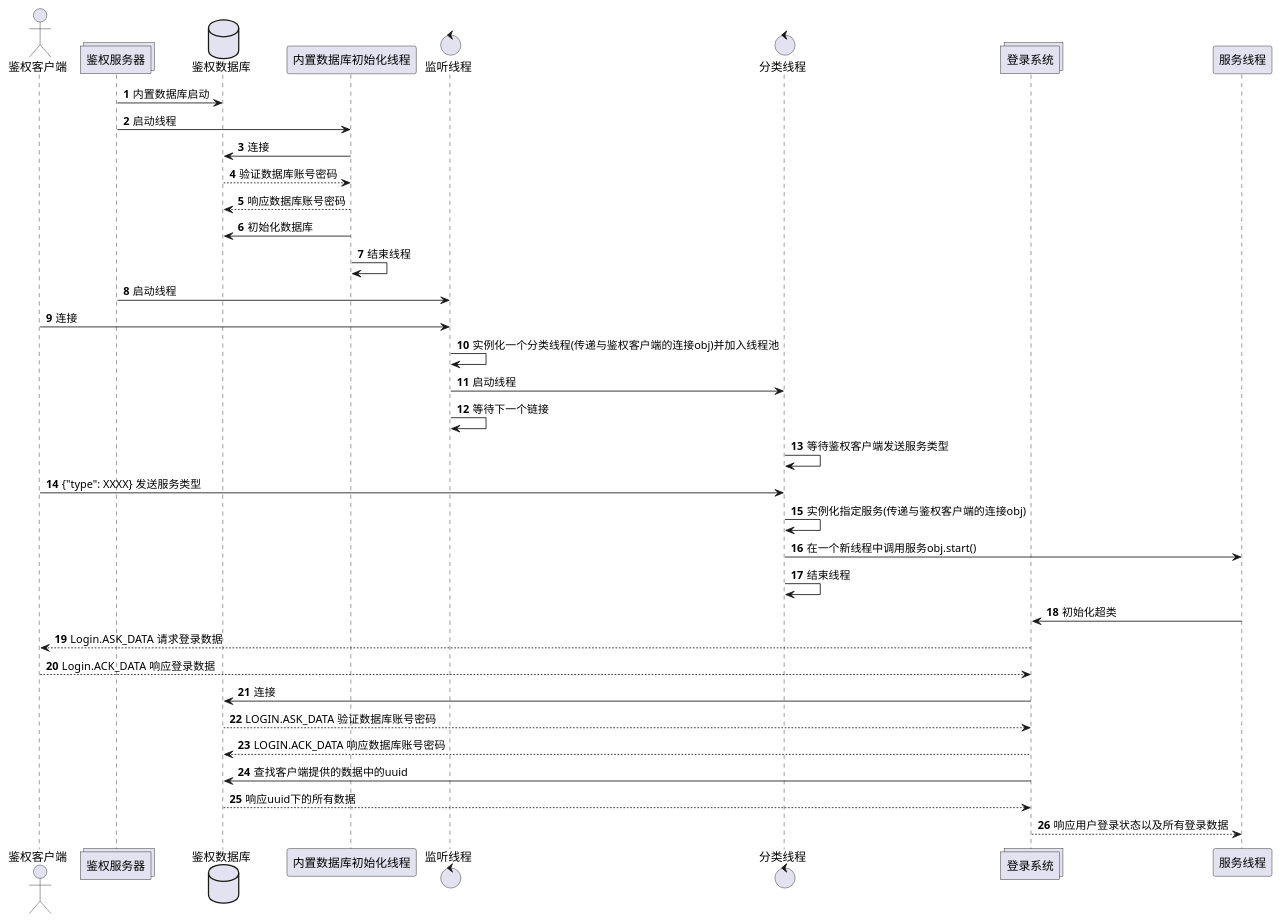
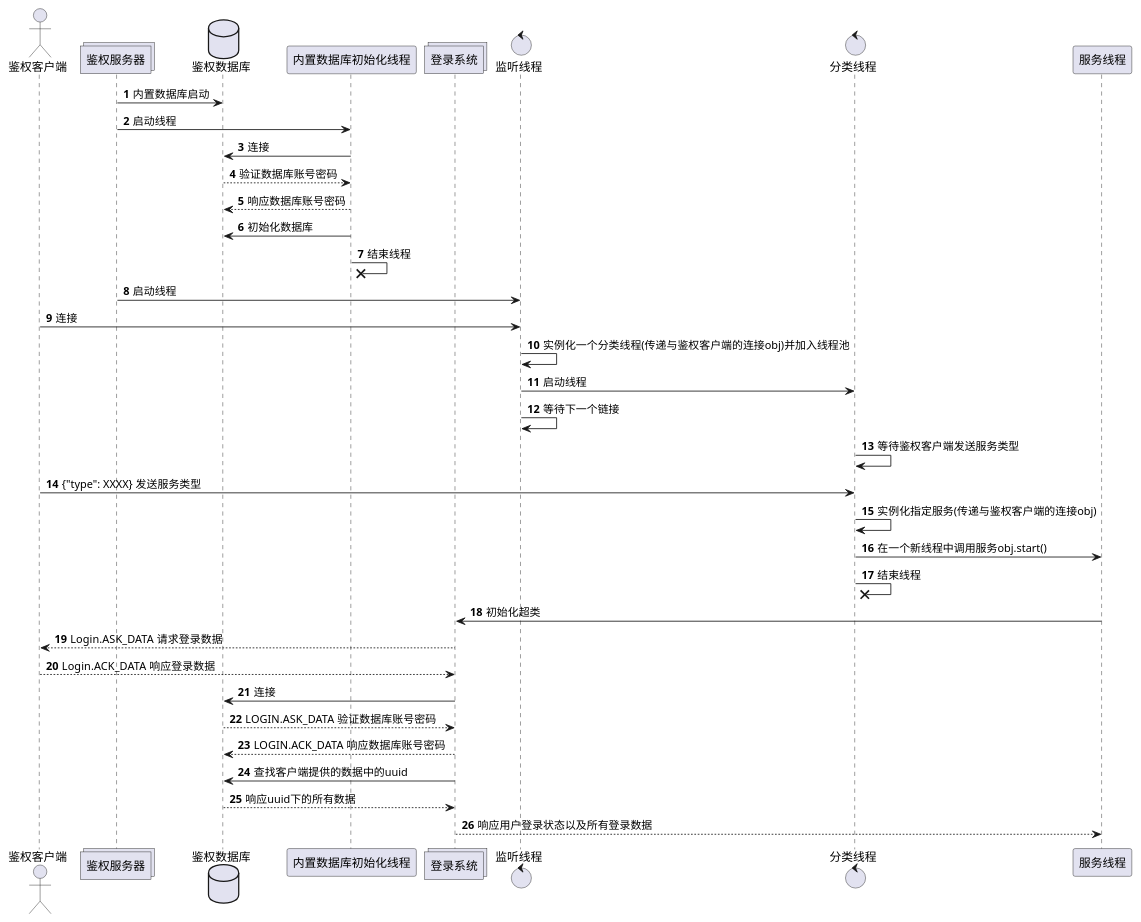
One commit to C418-11/MesssagePlus changed the diagram in 鉴权系统.puml. Above: the diagram before and after it, drawn with PlantUML.

Commit message:
美化了下图

```diff
--- a/鉴权系统.puml
+++ b/鉴权系统.puml
@@ -1,47 +1,47 @@
 @startuml
 'https://plantuml.com/sequence-diagram
 
 autonumber
 
 actor 鉴权客户端
 
 
 '鉴权服务器初始化
 collections 鉴权服务器
 database 鉴权数据库
 鉴权服务器 -> 鉴权数据库: 内置数据库启动
 鉴权服务器 -> 内置数据库初始化线程: 启动线程
 内置数据库初始化线程 -> 鉴权数据库: 连接
 鉴权数据库 --> 内置数据库初始化线程: 验证数据库账号密码
 内置数据库初始化线程 --> 鉴权数据库: 响应数据库账号密码
 内置数据库初始化线程 -> 鉴权数据库: 初始化数据库
-内置数据库初始化线程 -> 内置数据库初始化线程: 结束线程
+内置数据库初始化线程 -x 内置数据库初始化线程: 结束线程
 
 
+collections 登录系统
 control 监听线程
 control 分类线程
-collections 登录系统
 鉴权服务器 -> 监听线程: 启动线程
 '鉴权服务器初始化结束
 
 鉴权客户端 -> 监听线程: 连接
 监听线程 -> 监听线程: 实例化一个分类线程(传递与鉴权客户端的连接obj)并加入线程池
 监听线程 -> 分类线程: 启动线程
 监听线程 -> 监听线程: 等待下一个链接
 分类线程 -> 分类线程: 等待鉴权客户端发送服务类型
 鉴权客户端 -> 分类线程: {"type": XXXX} 发送服务类型
 分类线程 -> 分类线程: 实例化指定服务(传递与鉴权客户端的连接obj)
 分类线程 -> 服务线程: 在一个新线程中调用服务obj.start()
-分类线程 -> 分类线程: 结束线程
+分类线程 -x 分类线程: 结束线程
 服务线程 -> 登录系统: 初始化超类
 登录系统 --> 鉴权客户端: Login.ASK_DATA 请求登录数据
 鉴权客户端 --> 登录系统: Login.ACK_DATA 响应登录数据
 登录系统 -> 鉴权数据库: 连接
 鉴权数据库 --> 登录系统: LOGIN.ASK_DATA 验证数据库账号密码
 登录系统 --> 鉴权数据库: LOGIN.ACK_DATA 响应数据库账号密码
 登录系统 -> 鉴权数据库: 查找客户端提供的数据中的uuid
 鉴权数据库 --> 登录系统: 响应uuid下的所有数据
 登录系统 --> 服务线程: 响应用户登录状态以及所有登录数据
 
 
 @enduml
```
